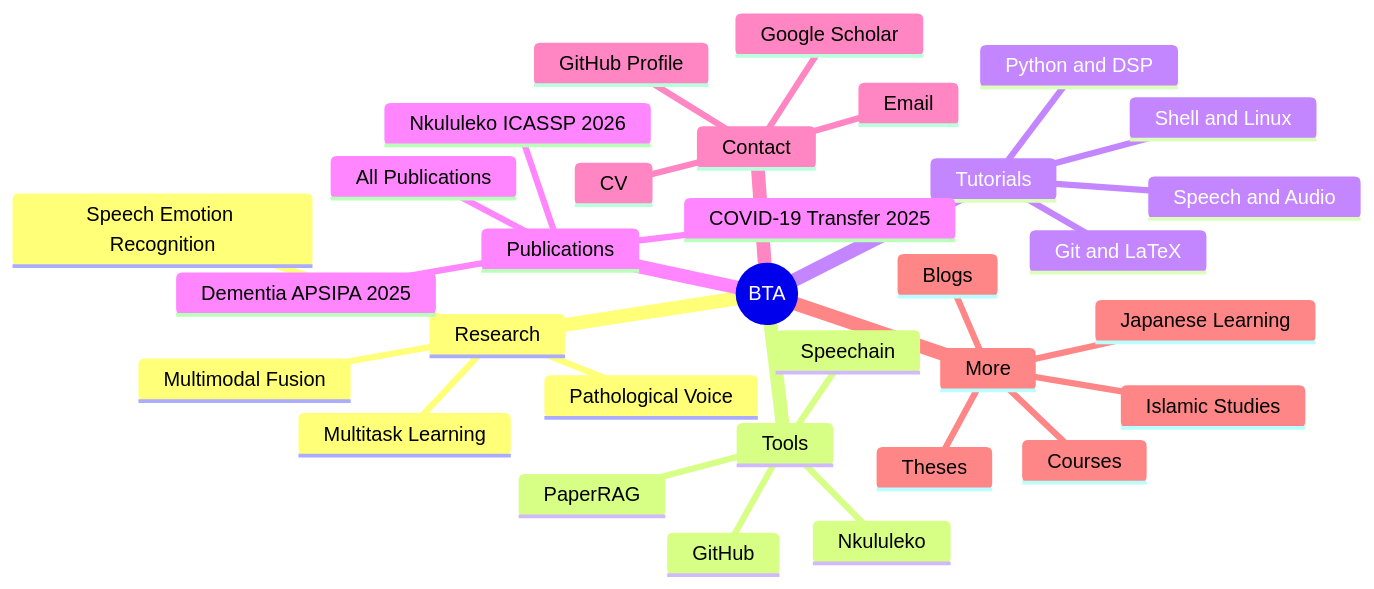
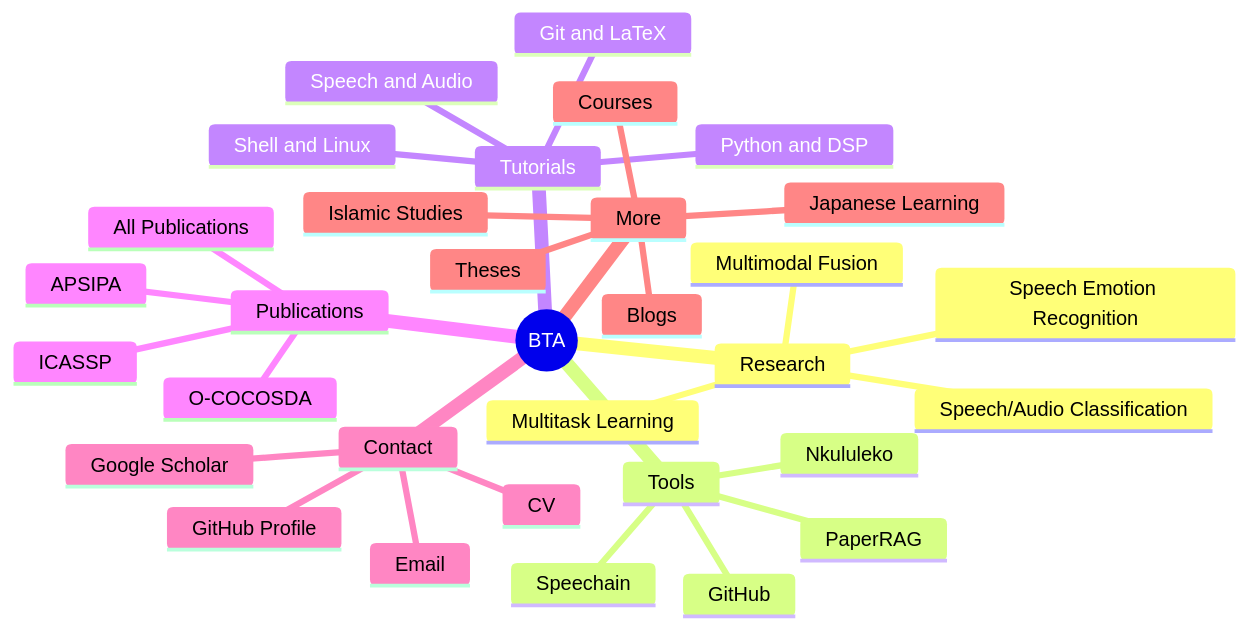
Before and after one commit to bagustris/bagustris.github.io: the diagram in _pages/about.md, drawn with Mermaid.

Commit message:
update mermaid

```diff
--- a/_pages/about.md
+++ b/_pages/about.md
@@ -17,35 +17,35 @@
 <pre class="mermaid">
 mindmap
   root((BTA))
     Research
       Speech Emotion Recognition
       Multimodal Fusion
       Multitask Learning
-      Pathological Voice
+      Speech/Audio Classification  
     Tools
       Nkululeko
       Speechain
       PaperRAG
       GitHub
     Tutorials
       Shell and Linux
       Python and DSP
       Speech and Audio
       Git and LaTeX
     Publications
-      Nkululeko ICASSP 2026
-      COVID-19 Transfer 2025
-      Dementia APSIPA 2025
+      ICASSP
+      O-COCOSDA  
+      APSIPA
       All Publications
     Contact
       Email
       GitHub Profile
       Google Scholar
       CV
     More
       Courses
       Theses
       Japanese Learning
       Islamic Studies
       Blogs
 </pre>
```
